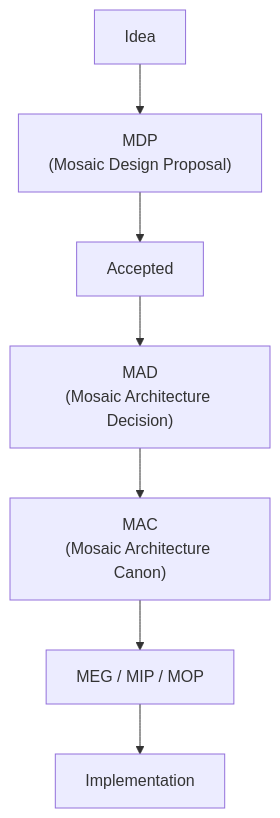
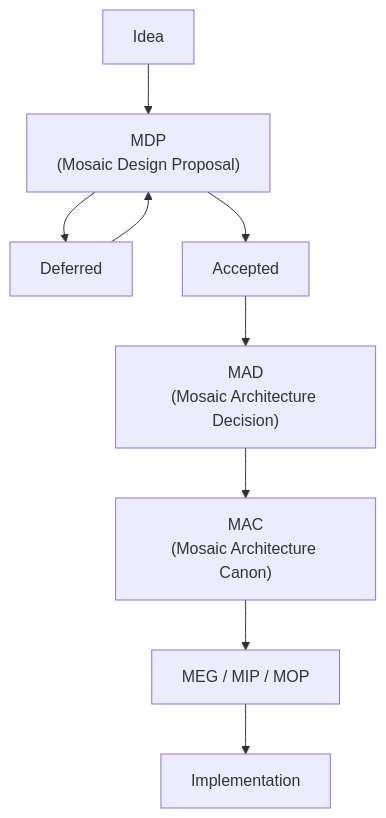
Before and after one commit to mosaic-media/mosaic-architecture: the second of 4 diagrams in docs/engineering/documentation/mdg-001-documentation-authority-guide/01-document-hierarchy.md, drawn with Mermaid. The commit also changed other lines of this file and 168 other files, not shown here.

Commit message:
docs: introduce roadmap and deferred proposal structure

````diff
--- a/docs/engineering/documentation/mdg-001-documentation-authority-guide/01-document-hierarchy.md
+++ b/docs/engineering/documentation/mdg-001-documentation-authority-guide/01-document-hierarchy.md
@@ -110,18 +125,21 @@
 ```mermaid
 flowchart TD
 
 N1["Idea"]
 N2["MDP<br/>(Mosaic Design Proposal)"]
+N2D["Deferred"]
 N3["Accepted"]
 N4["MAD<br/>(Mosaic Architecture Decision)"]
 N5["MAC<br/>(Mosaic Architecture Canon)"]
 N6["MEG / MIP / MOP"]
 N7["Implementation"]
 
 N1 --> N2
 N2 --> N3
+N2 --> N2D
+N2D --> N2
 N3 --> N4
 N4 --> N5
 N5 --> N6
 N6 --> N7
 ```
````
